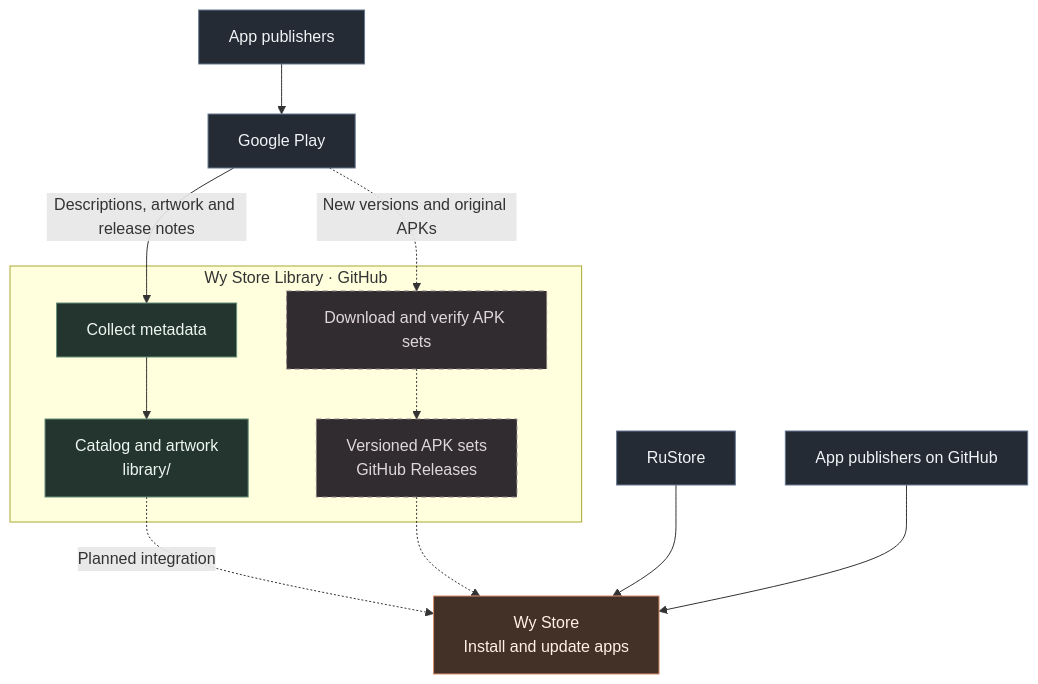
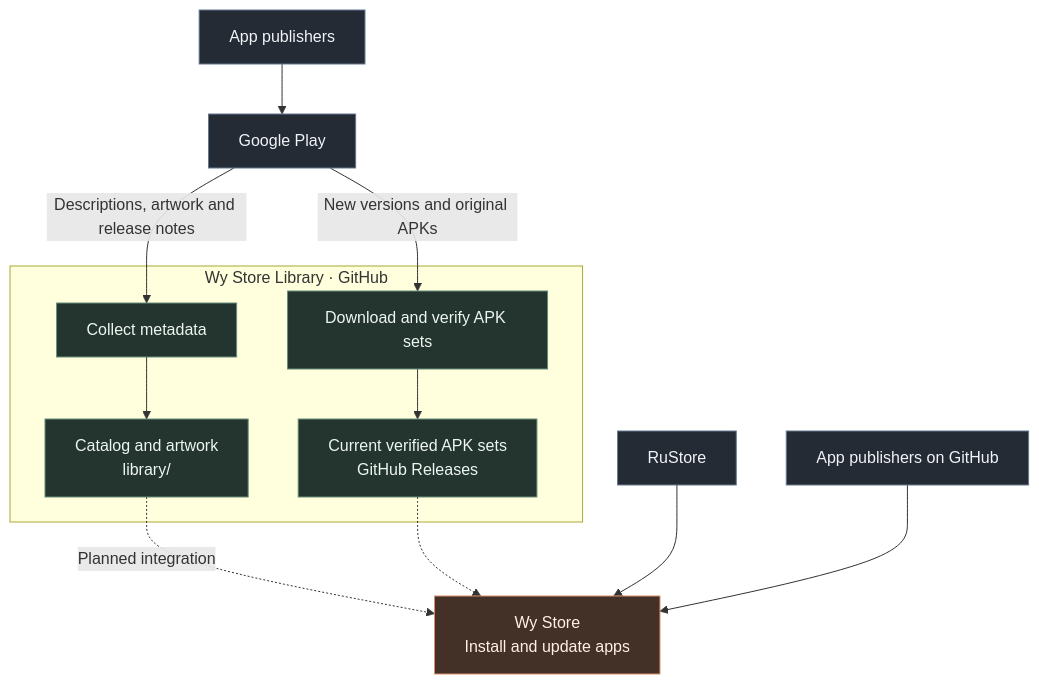
Before and after one commit to wyrtensi/wystore-library: the diagram in README.md, drawn with Mermaid. The commit also changed other lines of this file and 3 other files, not shown here.

````diff
--- a/README.md
+++ b/README.md
@@ -89,22 +89,20 @@
 ```mermaid
 flowchart TB
     Publisher["App publishers"] --> Play["Google Play"]
     Play -->|"Descriptions, artwork and release notes"| Metadata["Collect metadata"]
-    Play -.->|"New versions and original APKs"| Verify["Download and verify APK sets"]
+    Play -->|"New versions and original APKs"| Verify["Download and verify APK sets"]
     subgraph Library["Wy Store Library · GitHub"]
         Metadata --> Catalog["Catalog and artwork<br/>library/"]
-        Verify -.-> Releases["Versioned APK sets<br/>GitHub Releases"]
+        Verify --> Releases["Current verified APK sets<br/>GitHub Releases"]
     end
     Catalog -.->|"Planned integration"| WyStore["Wy Store<br/>Install and update apps"]
     Releases -.-> WyStore
     RuStore["RuStore"] --> WyStore
     GitHub["App publishers on GitHub"] --> WyStore
     classDef source fill:#242b34,stroke:#66788f,color:#f0f3f7
     classDef ready fill:#23352e,stroke:#688e7a,color:#eef6f1
-    classDef pending fill:#302c30,stroke:#8a7b7e,color:#e0d7db,stroke-dasharray:5 4
     classDef store fill:#433026,stroke:#d88e6c,color:#fff0e7
     class Play,RuStore,GitHub,Publisher source
-    class Metadata,Catalog ready
-    class Verify,Releases pending
+    class Metadata,Catalog,Verify,Releases ready
     class WyStore store
 ```
````
